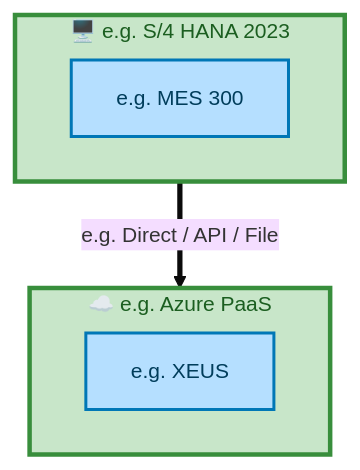
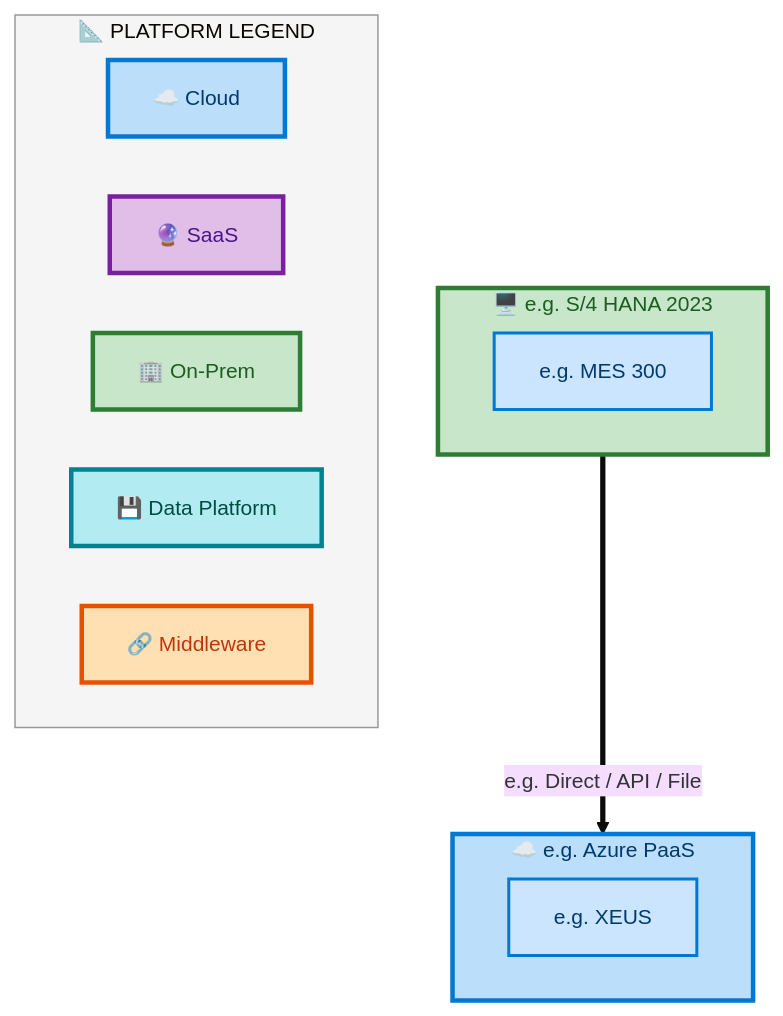
Before and after one commit to sajivfrancis777/IAO-Architecture: the seventh of 7 diagrams in towers/E2E/Master Data/E2E-90/output/docs/systems-architecture/E2E-90-Architecture.md, drawn with Mermaid. The commit also changed other lines of this file and 394 other files, not shown here.

First line of the commit message:
feat: structured layer ordering for Mermaid architecture diagrams

````diff
--- a/towers/E2E/Master Data/E2E-90/output/docs/systems-architecture/E2E-90-Architecture.md
+++ b/towers/E2E/Master Data/E2E-90/output/docs/systems-architecture/E2E-90-Architecture.md
@@ -710,22 +743,36 @@
 ```mermaid
 %%{init: {"theme": "base", "securityLevel": "loose", "themeVariables": {"fontSize": "14px", "fontFamily": "Segoe UI, Arial"}, "flowchart": {"useMaxWidth": false, "htmlLabels": true, "nodeSpacing": 40, "rankSpacing": 50}} }%%
 flowchart TB
-    classDef appBox fill:#B5DFFF,stroke:#0077B6,stroke-width:2px,color:#003D5B
-    classDef platBox fill:#C8E6C9,stroke:#388E3C,stroke-width:3px,color:#1B5E20
-    classDef eolBox fill:#FFB5B5,stroke:#CC0000,stroke-width:2px,color:#660000
+    classDef appBox fill:#CCE5FF,stroke:#0078D4,stroke-width:2px,color:#003A6C
+    classDef platBox fill:#C8E6C9,stroke:#2E7D32,stroke-width:3px,color:#1B5E20
+    classDef eolBox fill:#FFCDD2,stroke:#C62828,stroke-width:2px,color:#B71C1C
 
     subgraph E2E90FPLP_e_g_Azure_PaaS["☁️ e.g. Azure PaaS"]
         direction LR
         E2E90FPLA_e_g_XEUS["e.g. XEUS"]:::appBox
     end
-    style E2E90FPLP_e_g_Azure_PaaS fill:#C8E6C9,stroke:#388E3C,stroke-width:3px,color:#1B5E20
+    style E2E90FPLP_e_g_Azure_PaaS fill:#BBDEFB,stroke:#0078D4,stroke-width:3px,color:#003A6C
 
     subgraph E2E90FPLP_e_g_S_4_HANA_2023["🖥️ e.g. S/4 HANA 2023"]
         direction LR
         E2E90FPLA_e_g_MES_300["e.g. MES 300"]:::appBox
     end
-    style E2E90FPLP_e_g_S_4_HANA_2023 fill:#C8E6C9,stroke:#388E3C,stroke-width:3px,color:#1B5E20
+    style E2E90FPLP_e_g_S_4_HANA_2023 fill:#C8E6C9,stroke:#2E7D32,stroke-width:3px,color:#1B5E20
 
     E2E90FPLP_e_g_S_4_HANA_2023 ==>|"e.g. Direct / API / File"| E2E90FPLP_e_g_Azure_PaaS
 
+    subgraph E2E90FPLLegend["📐 PLATFORM LEGEND"]
+        direction LR
+        E2E90FPLLC["☁️ Cloud"]
+        E2E90FPLLS["🔮 SaaS"]
+        E2E90FPLLO["🏢 On-Prem"]
+        E2E90FPLLD["💾 Data Platform"]
+        E2E90FPLLM["🔗 Middleware"]
+    end
+    style E2E90FPLLegend fill:#F5F5F5,stroke:#999,stroke-width:1px
+    style E2E90FPLLC fill:#BBDEFB,stroke:#0078D4,stroke-width:3px,color:#003A6C
+    style E2E90FPLLS fill:#E1BEE7,stroke:#7B1FA2,stroke-width:3px,color:#4A148C
+    style E2E90FPLLO fill:#C8E6C9,stroke:#2E7D32,stroke-width:3px,color:#1B5E20
+    style E2E90FPLLD fill:#B2EBF2,stroke:#00838F,stroke-width:3px,color:#004D40
+    style E2E90FPLLM fill:#FFE0B2,stroke:#E65100,stroke-width:3px,color:#BF360C
 ```
````
